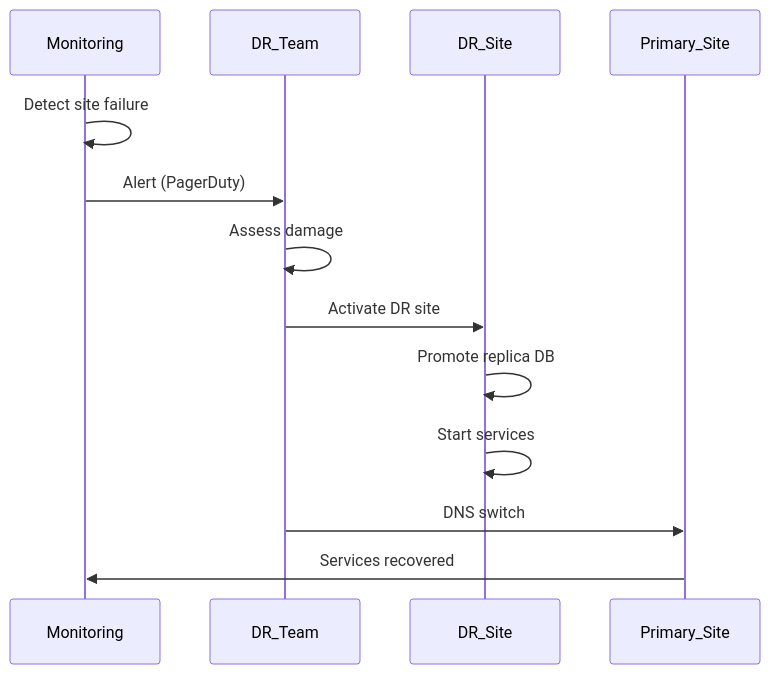
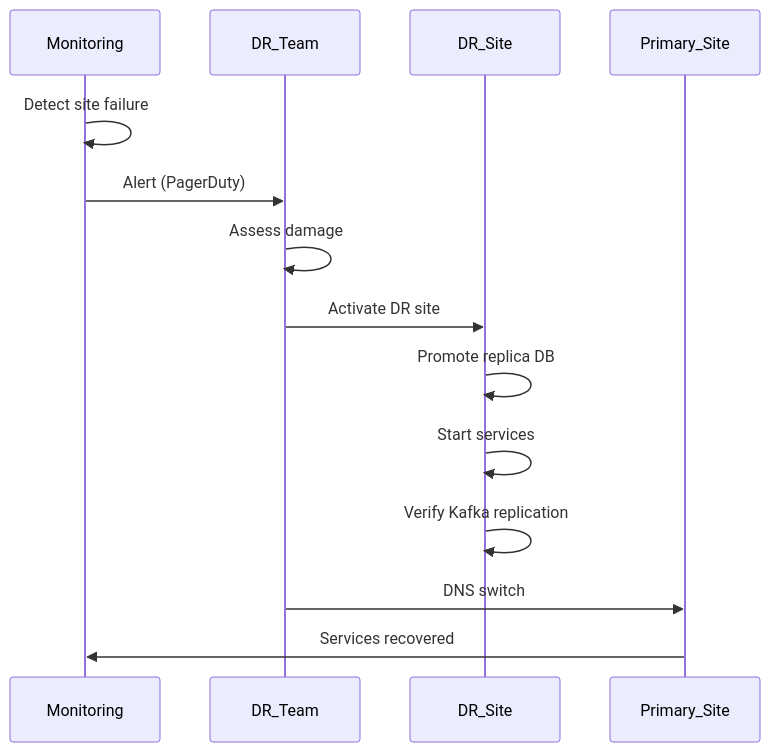
The third of 3 diagrams in docs/architecture/resilience-plan.md (alxsshv/autodev-marketplace), drawn with Mermaid before and after one commit. The commit also changed other lines of this file and 64 other files, not shown here.

````diff
--- a/docs/architecture/resilience-plan.md
+++ b/docs/architecture/resilience-plan.md
@@ -292,16 +365,17 @@
 ```mermaid
 sequenceDiagram
     participant Monitoring
     participant DR_Team
     participant DR_Site
     participant Primary_Site
 
     Monitoring->>Monitoring: Detect site failure
     Monitoring->>DR_Team: Alert (PagerDuty)
     DR_Team->>DR_Team: Assess damage
     DR_Team->>DR_Site: Activate DR site
     DR_Site->>DR_Site: Promote replica DB
     DR_Site->>DR_Site: Start services
+    DR_Site->>DR_Site: Verify Kafka replication
     DR_Team->>Primary_Site: DNS switch
     Primary_Site->>Monitoring: Services recovered
 ```
````
